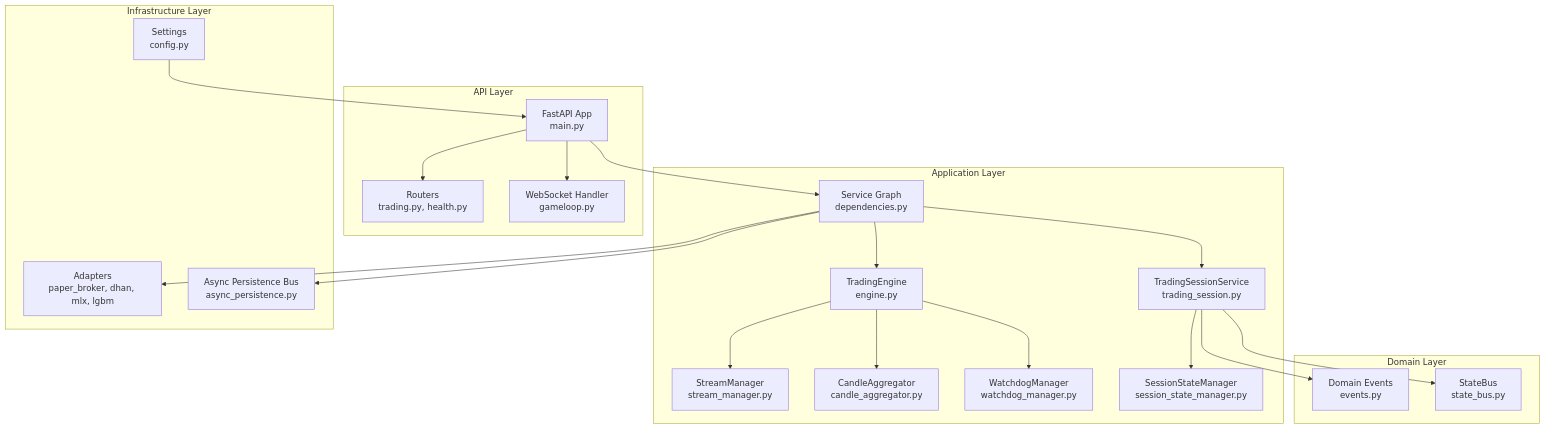
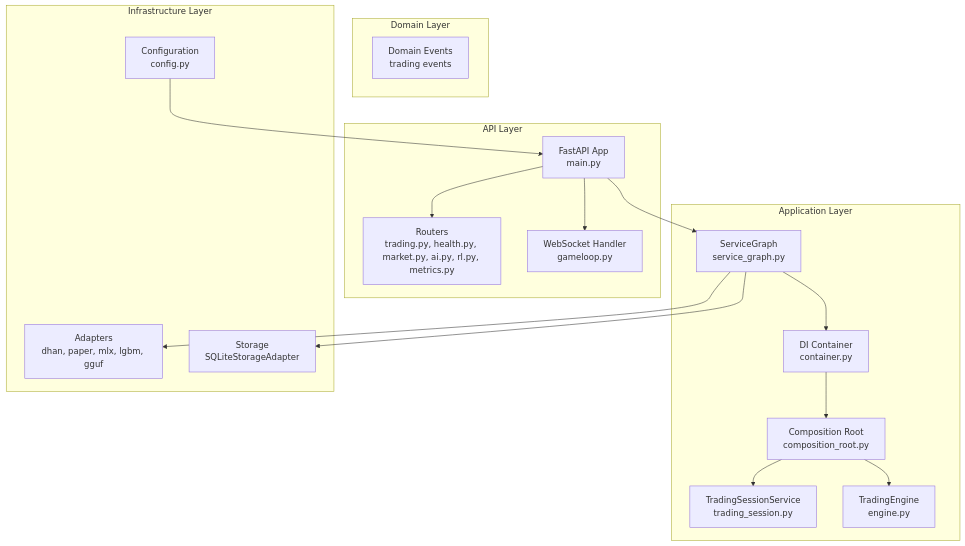
The first of 7 diagrams in .qoder/repowiki/en/content/Backend Application/Backend Application.md (gemrajkhatry-maker/v5-of-glassytrade-ai), drawn with Mermaid before and after one commit. The commit also changed other lines of this file and 219 other files, not shown here.

First line of the commit message:
refactor: major architecture improvements across backend, backendv2, brokers, and frontend

````diff
--- a/.qoder/repowiki/en/content/Backend Application/Backend Application.md
+++ b/.qoder/repowiki/en/content/Backend Application/Backend Application.md
@@ -45,40 +49,33 @@
 ```mermaid
 graph TB
 subgraph "API Layer"
 R1["FastAPI App<br/>main.py"]
-RT["Routers<br/>trading.py, health.py"]
+RT["Routers<br/>trading.py, health.py, market.py, ai.py, rl.py, metrics.py"]
 WS["WebSocket Handler<br/>gameloop.py"]
 end
 subgraph "Application Layer"
-SG["Service Graph<br/>dependencies.py"]
+SG["ServiceGraph<br/>service_graph.py"]
+DI["DI Container<br/>container.py"]
+CR["Composition Root<br/>composition_root.py"]
 TS["TradingSessionService<br/>trading_session.py"]
 TE["TradingEngine<br/>engine.py"]
-SM["StreamManager<br/>stream_manager.py"]
-CA["CandleAggregator<br/>candle_aggregator.py"]
-WD["WatchdogManager<br/>watchdog_manager.py"]
-SS["SessionStateManager<br/>session_state_manager.py"]
 end
 subgraph "Domain Layer"
-EV["Domain Events<br/>events.py"]
-SB["StateBus<br/>state_bus.py"]
+EV["Domain Events<br/>trading events"]
 end
 subgraph "Infrastructure Layer"
-CFG["Settings<br/>config.py"]
-AD["Adapters<br/>paper_broker, dhan, mlx, lgbm"]
-ST["Async Persistence Bus<br/>async_persistence.py"]
+CFG["Configuration<br/>config.py"]
+AD["Adapters<br/>dhan, paper, mlx, lgbm, gguf"]
+ST["Storage<br/>SQLiteStorageAdapter"]
 end
 R1 --> RT
 R1 --> WS
 R1 --> SG
-SG --> TS
-SG --> TE
-TE --> SM
-TE --> CA
-TE --> WD
-TS --> SS
-TS --> EV
-TS --> SB
+SG --> DI
+DI --> CR
+CR --> TS
+CR --> TE
 SG --> AD
 SG --> ST
 CFG --> R1
 ```
````
